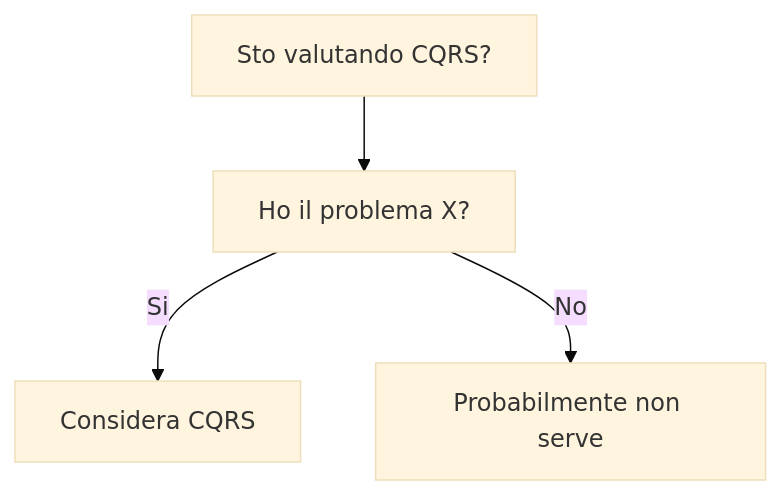
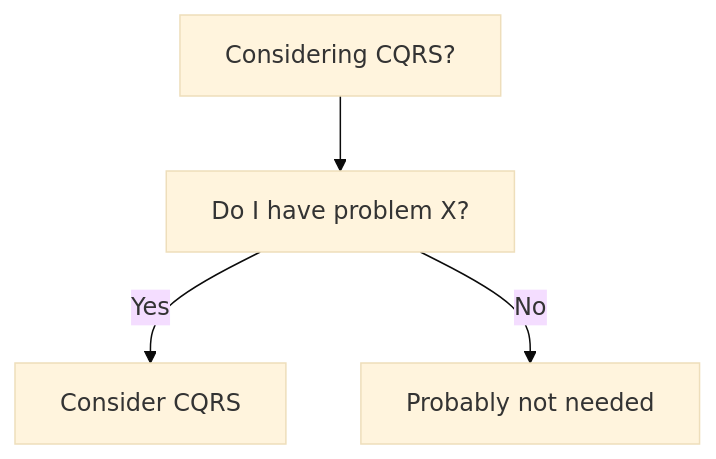
One commit to HxT9/Software-Dev-Wiki changed the diagram in dev-wiki/02_Architecture/CQRS/When_To_Use.md. Above: the diagram before and after it, drawn with Mermaid (base theme). The commit also changed other lines of this file and 3444 other files, not shown here.

````diff
--- a/dev-wiki/02_Architecture/CQRS/When_To_Use.md
+++ b/dev-wiki/02_Architecture/CQRS/When_To_Use.md
@@ -19,6 +19,6 @@
 ```mermaid
 flowchart TD
-  Q[Sto valutando CQRS?] --> Q1[Ho il problema X?]
-  Q1 -->|Si| OK[Considera CQRS]
-  Q1 -->|No| NO[Probabilmente non serve]
+  Q[Considering CQRS?] --> Q1[Do I have problem X?]
+  Q1 -->|Yes| OK[Consider CQRS]
+  Q1 -->|No| NO[Probably not needed]
 ```
````
